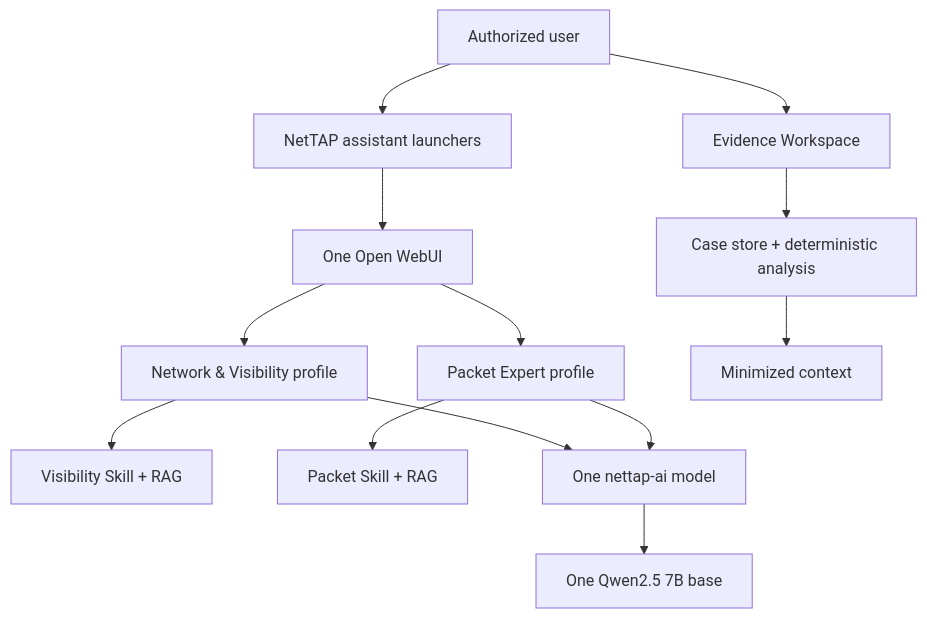
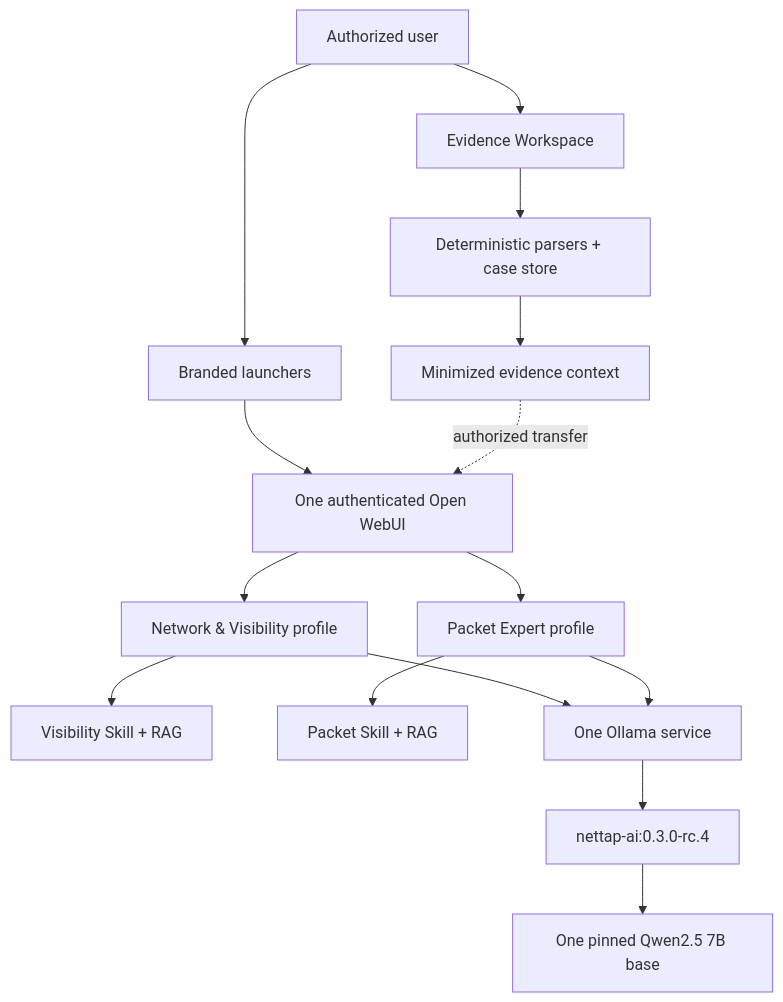
Before and after one commit to mpdwyer2367/nettap-packet-expert: the first of 2 diagrams in docs/ARCHITECTURE.md, drawn with Mermaid. The commit also changed other lines of this file and 52 other files, not shown here.

Commit message:
Release RC4 one-model replacement candidate

````diff
--- a/docs/ARCHITECTURE.md
+++ b/docs/ARCHITECTURE.md
@@ -7,15 +7,17 @@
 ```mermaid
 flowchart TB
-    U["Authorized user"] --> L["NetTAP assistant launchers"]
-    L --> W["One Open WebUI"]
+    U["Authorized user"] --> L["Branded launchers"]
+    L --> W["One authenticated Open WebUI"]
     W --> V["Network & Visibility profile"]
     W --> P["Packet Expert profile"]
+    V --> VR["Visibility Skill + RAG"]
+    P --> PR["Packet Skill + RAG"]
+    V --> O["One Ollama service"]
+    P --> O
+    O --> M["nettap-ai:0.3.0-rc.4"]
+    M --> Q["One pinned Qwen2.5 7B base"]
     U --> E["Evidence Workspace"]
-    E --> C["Case store + deterministic analysis"]
-    C --> X["Minimized context"]
-    V --> VS["Visibility Skill + RAG"]
-    P --> PS["Packet Skill + RAG"]
-    V --> N["One nettap-ai model"]
-    P --> N
-    N --> Q["One Qwen2.5 7B base"]
+    E --> D["Deterministic parsers + case store"]
+    D --> X["Minimized evidence context"]
+    X -. "authorized transfer" .-> W
 ```
````
